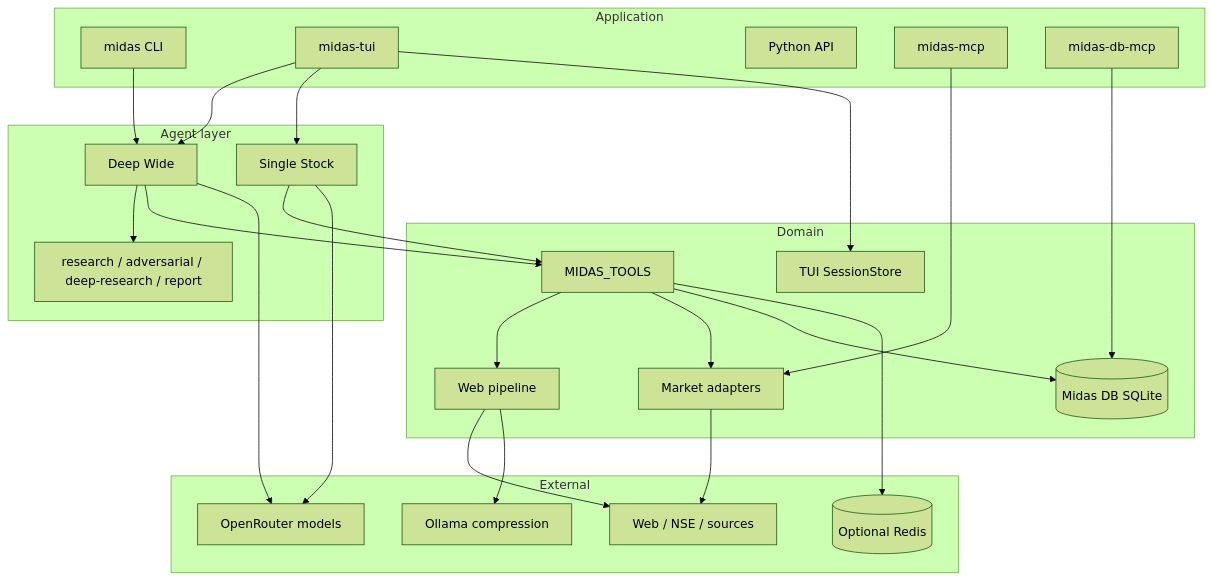
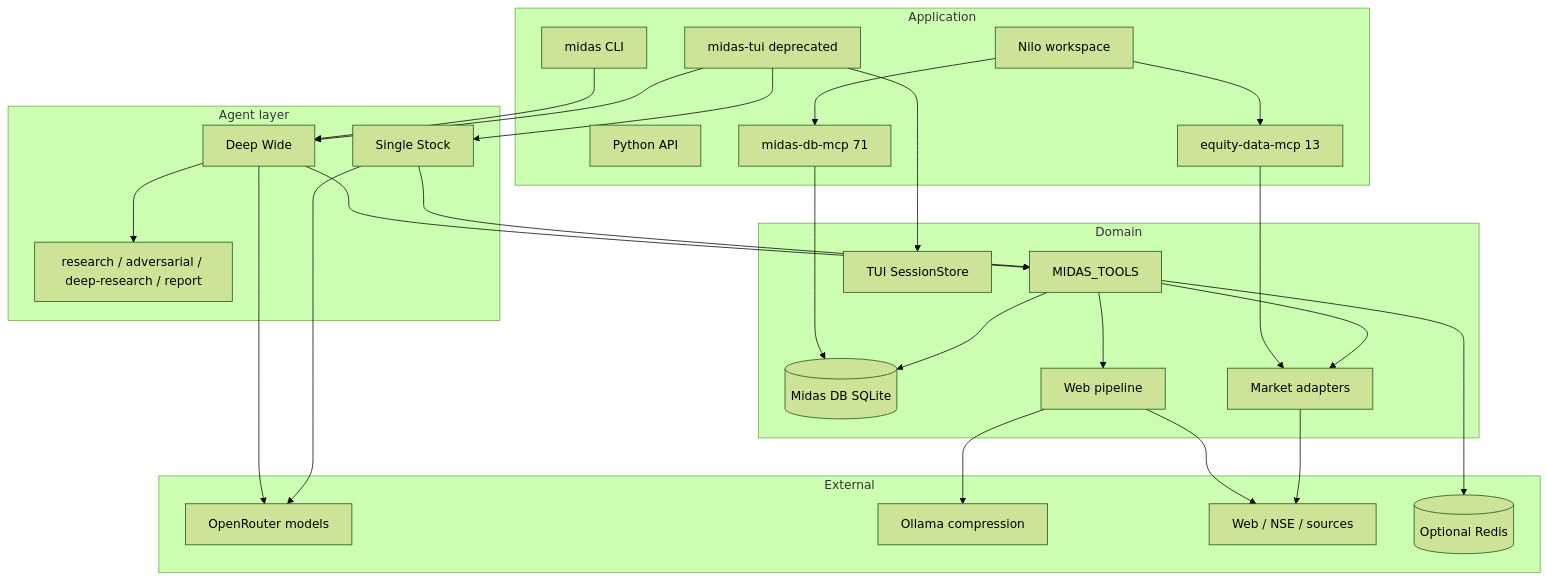
One commit to aneeshpatne/Midas changed the second of 2 diagrams in README.md. Above: the diagram before and after it, drawn with Mermaid (forest theme). The commit also changed other lines of this file and 37 other files, not shown here.

````diff
--- a/README.md
+++ b/README.md
@@ -117,50 +124,53 @@
 ```mermaid
 flowchart TB
   subgraph apps [Application]
+    NILO[Nilo workspace]
     CLI[midas CLI]
-    TUI[midas-tui]
+    TUI[midas-tui deprecated]
     LIB[Python API]
-    MCPM[midas-mcp]
-    MCPD[midas-db-mcp]
+    MCPM[equity-data-mcp 13]
+    MCPD[midas-db-mcp 71]
   end
 
   subgraph agents [Agent layer]
     LEAD[Deep Wide]
     STOCK[Single Stock]
     SUB[research / adversarial / deep-research / report]
   end
 
   subgraph core [Domain]
     TOOLS[MIDAS_TOOLS]
     DB[(Midas DB SQLite)]
     PIPE[Web pipeline]
     MKT[Market adapters]
     SESS[TUI SessionStore]
   end
 
   subgraph external [External]
     OR[OpenRouter models]
     OLL[Ollama compression]
     WEB[Web / NSE / sources]
     REDIS[(Optional Redis)]
   end
 
+  NILO --> MCPM
+  NILO --> MCPD
   CLI --> LEAD
   TUI --> LEAD
   TUI --> STOCK
   TUI --> SESS
   MCPM --> MKT
   MCPD --> DB
   LEAD --> SUB
   LEAD --> TOOLS
   STOCK --> TOOLS
   TOOLS --> PIPE
   TOOLS --> MKT
   TOOLS --> DB
   TOOLS --> REDIS
   PIPE --> WEB
   MKT --> WEB
   LEAD --> OR
   STOCK --> OR
   PIPE --> OLL
 ```
````
